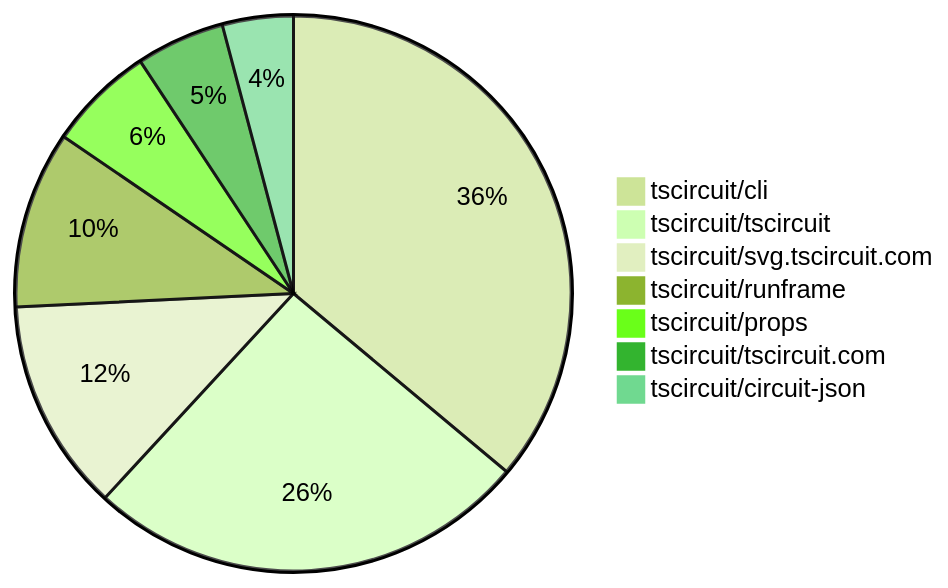
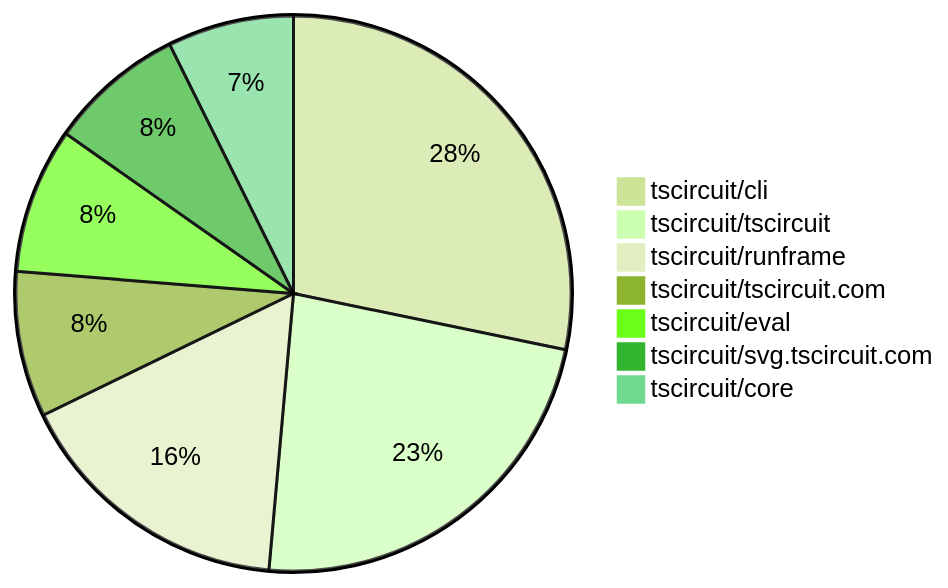
Before and after one commit to tscircuit/contribution-tracker: the second of 2 diagrams in README.md, drawn with Mermaid (forest theme). The commit also changed other lines of this file and 3 other files, not shown here.

````diff
--- a/README.md
+++ b/README.md
@@ -109,10 +122,10 @@
 ```mermaid
 pie
-    "tscircuit/cli" : 35
-    "tscircuit/tscircuit" : 25
-    "tscircuit/svg.tscircuit.com" : 12
-    "tscircuit/runframe" : 10
-    "tscircuit/props" : 6
-    "tscircuit/tscircuit.com" : 5
-    "tscircuit/circuit-json" : 4
+    "tscircuit/cli" : 50
+    "tscircuit/tscircuit" : 41
+    "tscircuit/runframe" : 29
+    "tscircuit/tscircuit.com" : 15
+    "tscircuit/eval" : 15
+    "tscircuit/svg.tscircuit.com" : 14
+    "tscircuit/core" : 13
 ```
````
